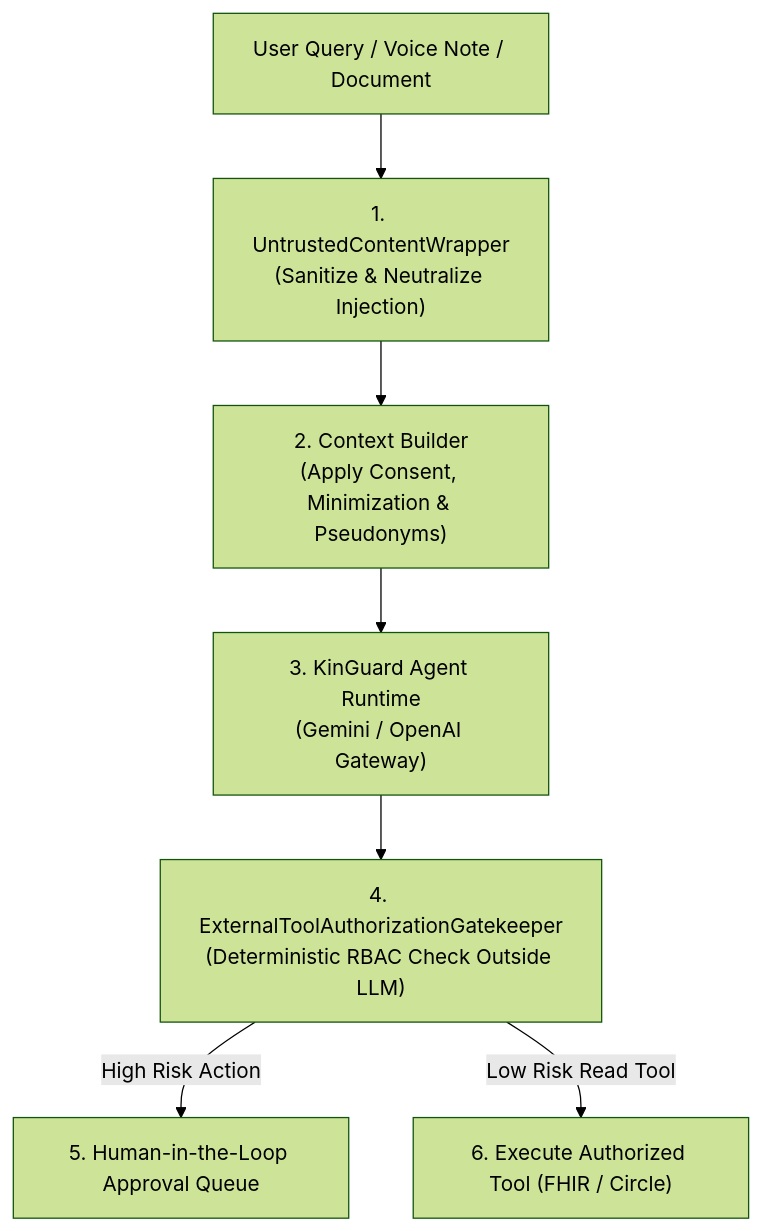
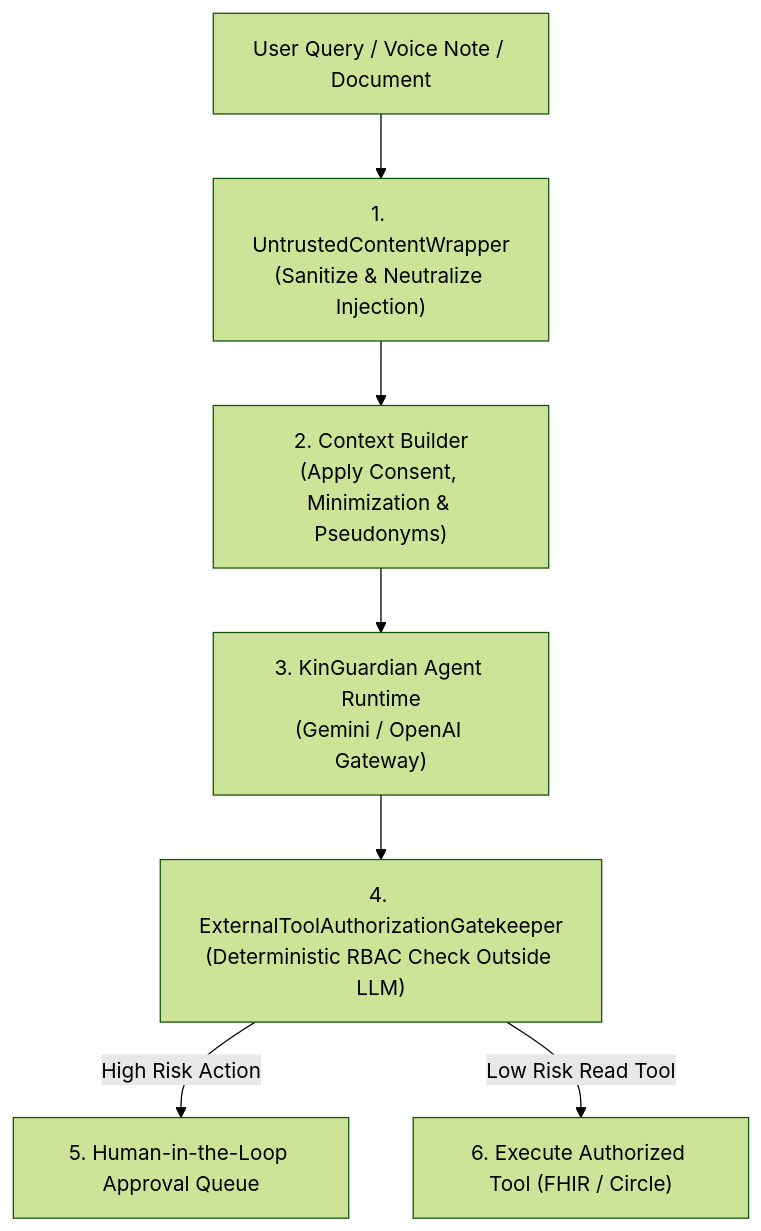
The first of 2 diagrams in platform/kinguard-backend/docs/AI.md (OpenHealthAgents/kinguardian-platform), drawn with Mermaid (forest theme) before and after one commit. The commit also changed other lines of this file and 188 other files, not shown here.

Commit message:
feat(branding): finalize KinGuardian rename across all architecture docs, tests, and configs

````diff
--- a/platform/kinguard-backend/docs/AI.md
+++ b/platform/kinguard-backend/docs/AI.md
@@ -6,9 +6,9 @@
 ```mermaid
 flowchart TD
     INPUT["User Query / Voice Note / Document"] --> WRAP["1. UntrustedContentWrapper<br/>(Sanitize & Neutralize Injection)"]
     WRAP --> CTX["2. Context Builder<br/>(Apply Consent, Minimization & Pseudonyms)"]
-    CTX --> AGENT["3. KinGuard Agent Runtime<br/>(Gemini / OpenAI Gateway)"]
+    CTX --> AGENT["3. KinGuardian Agent Runtime<br/>(Gemini / OpenAI Gateway)"]
     AGENT --> GATE["4. ExternalToolAuthorizationGatekeeper<br/>(Deterministic RBAC Check Outside LLM)"]
     GATE -->|High Risk Action| HITL["5. Human-in-the-Loop Approval Queue"]
     GATE -->|Low Risk Read Tool| TOOL["6. Execute Authorized Tool (FHIR / Circle)"]
 ```
````
